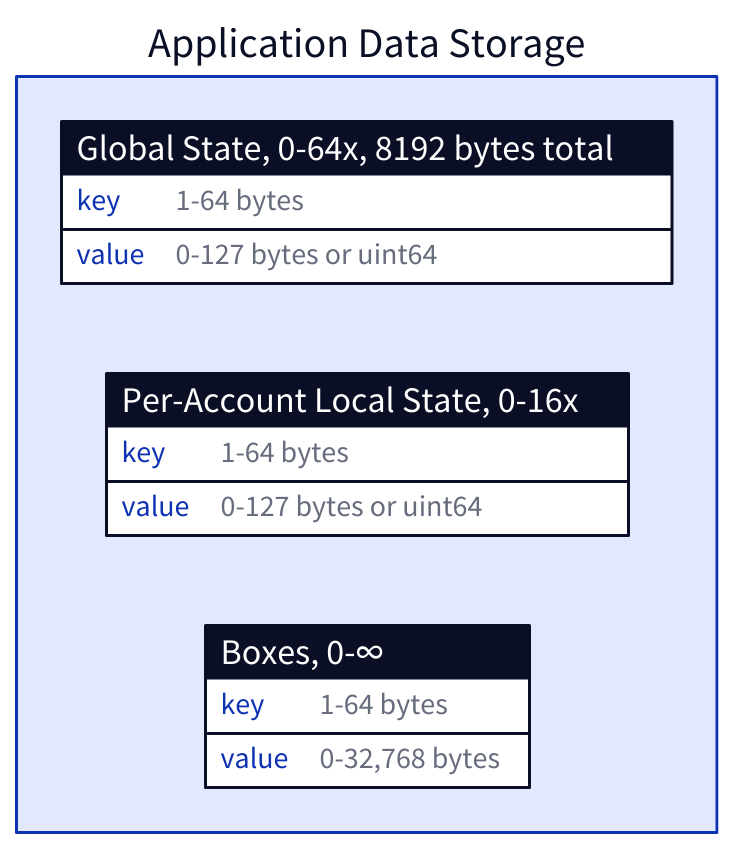
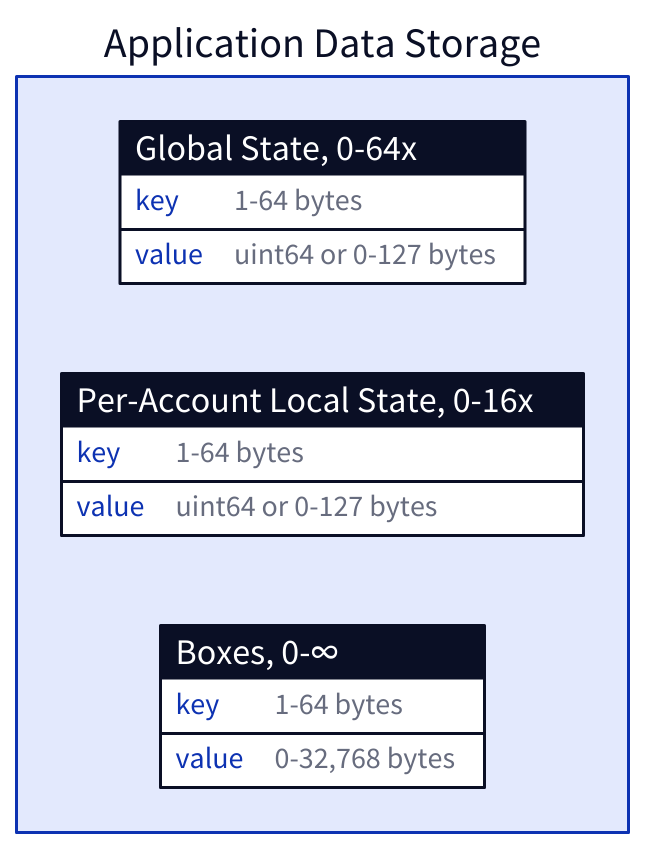
The diagram in src/content/docs/build/smart_contracts/storage/storage.d2 (marilene38/devportal), drawn with D2 before and after one commit. The commit also changed 12 other files, not shown here.

Commit message:
D2 example diagrams added

```diff
--- a/src/content/docs/build/smart_contracts/storage/storage.d2
+++ b/src/content/docs/build/smart_contracts/storage/storage.d2
@@ -1,18 +1,18 @@
 direction: left
 Application Data Storage: {
-  Global State, 0-64x, 8192 bytes total: {
+  "Global State, 0-64x": {
     shape: sql_table
     key: 1-64 bytes
-    value: 0-127 bytes or uint64
+    value: uint64 or 0-127 bytes
   }
   "Per-Account Local State, 0-16x": {
     shape: sql_table
     key: 1-64 bytes
-    value: 0-127 bytes or uint64
+    value: uint64 or 0-127 bytes
   }
   Boxes, 0-∞: {
     shape: sql_table
     key: 1-64 bytes
     value: 0-32,768 bytes
   }
 }
```
